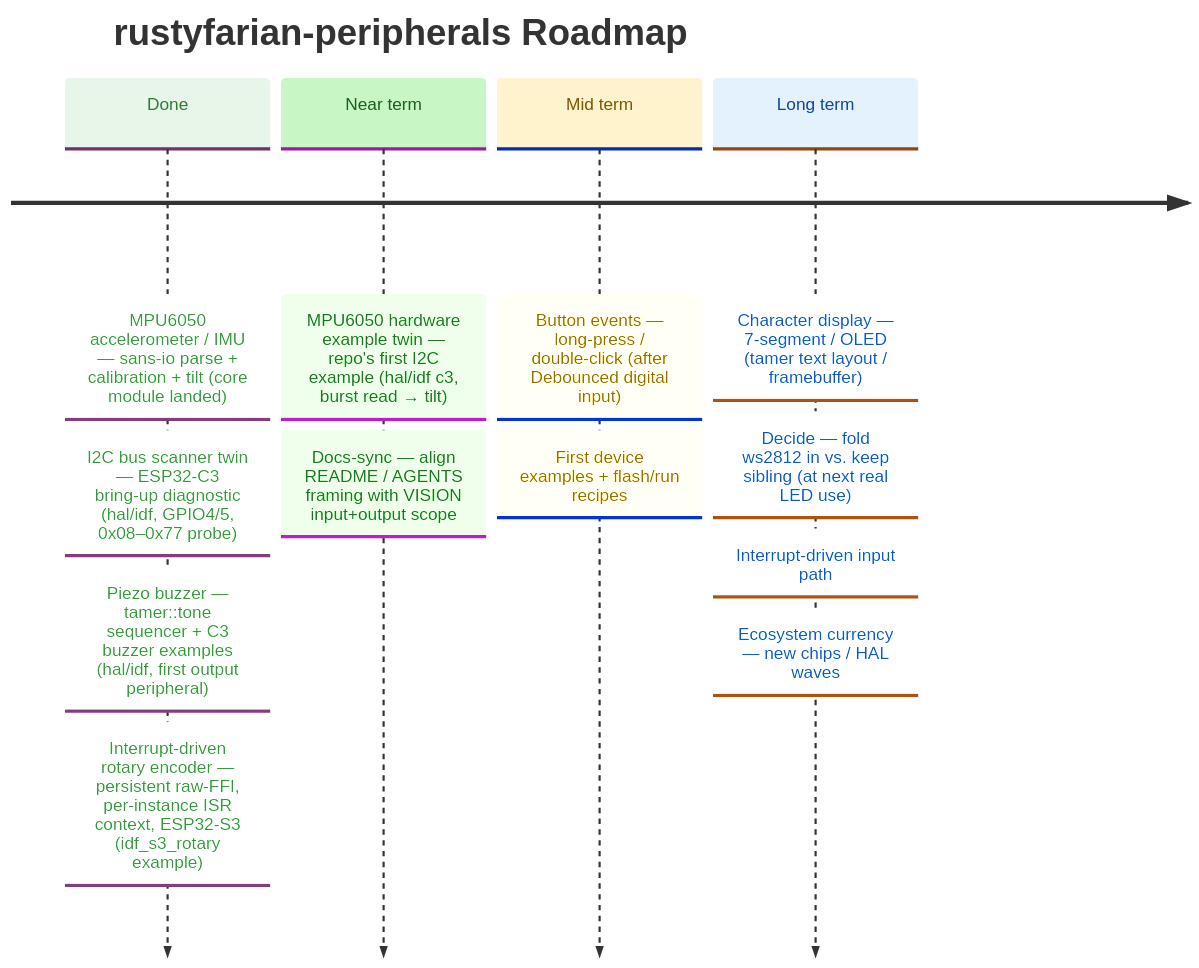
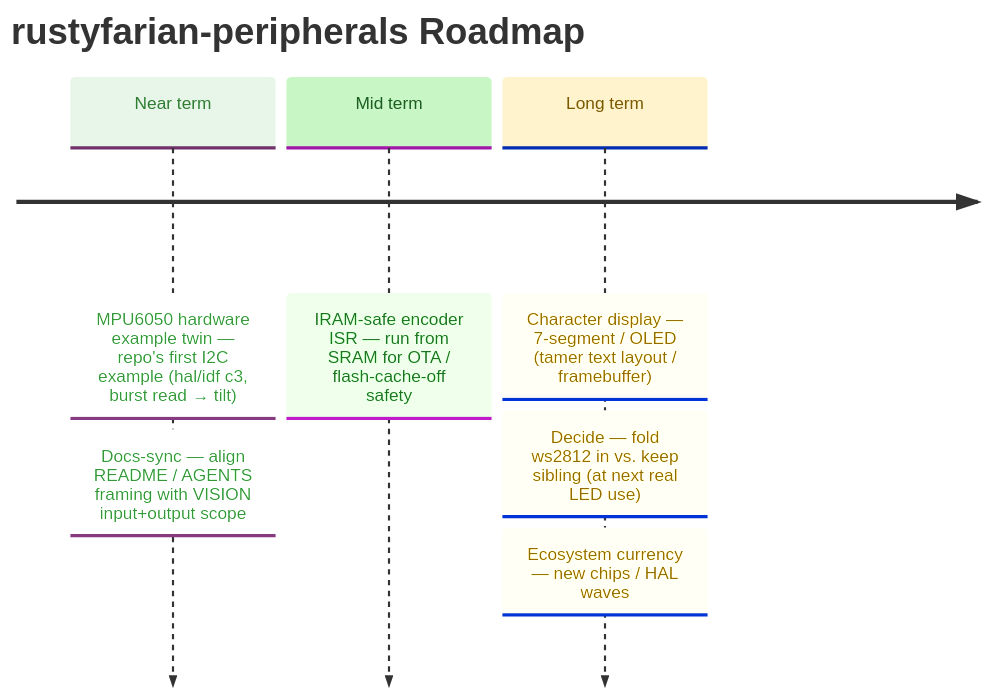
The diagram in docs/ROADMAP.md (datenkollektiv/rustyfarian-peripherals), drawn with Mermaid before and after one commit. The commit also changed other lines of this file and 8 other files, not shown here.

````diff
--- a/docs/ROADMAP.md
+++ b/docs/ROADMAP.md
@@ -16,34 +19,27 @@
 ```mermaid
 %%{init: {
   "theme": "base",
   "themeVariables": {
     "cScale0": "#e8f5e9",
     "cScaleLabel0": "#2e7d32",
     "cScale1": "#c8f7c5",
     "cScaleLabel1": "#1b5e20",
     "cScale2": "#fff3cd",
     "cScaleLabel2": "#7a5a00",
     "cScale3": "#e3f2fd",
     "cScaleLabel3": "#0d47a1"
   }
 }}%%
 
 timeline
     title rustyfarian-peripherals Roadmap
 
-    Done      : MPU6050 accelerometer / IMU — sans-io parse + calibration + tilt (core module landed)
-              : I2C bus scanner twin — ESP32-C3 bring-up diagnostic (hal/idf, GPIO4/5, 0x08–0x77 probe)
-              : Piezo buzzer — tamer::tone sequencer + C3 buzzer examples (hal/idf, first output peripheral)
-              : Interrupt-driven rotary encoder — persistent raw-FFI, per-instance ISR context, ESP32-S3 (idf_s3_rotary example)
-
     Near term : MPU6050 hardware example twin — repo's first I2C example (hal/idf c3, burst read → tilt)
               : Docs-sync — align README / AGENTS framing with VISION input+output scope
 
-    Mid term  : Button events — long-press / double-click (after Debounced digital input)
-              : First device examples + flash/run recipes
+    Mid term  : IRAM-safe encoder ISR — run from SRAM for OTA / flash-cache-off safety
 
     Long term : Character display — 7-segment / OLED (tamer text layout / framebuffer)
               : Decide — fold ws2812 in vs. keep sibling (at next real LED use)
-              : Interrupt-driven input path
               : Ecosystem currency — new chips / HAL waves
 ```
````
